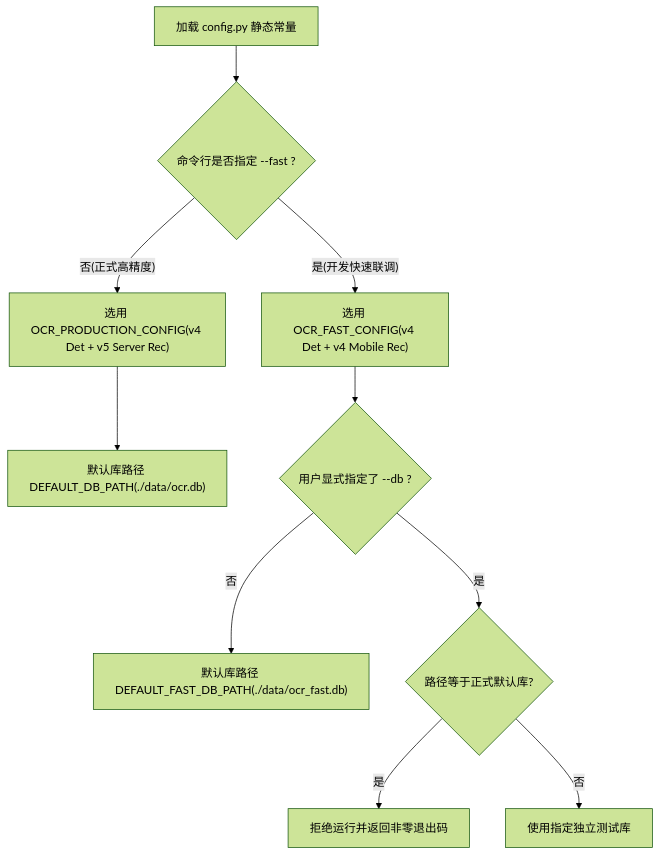
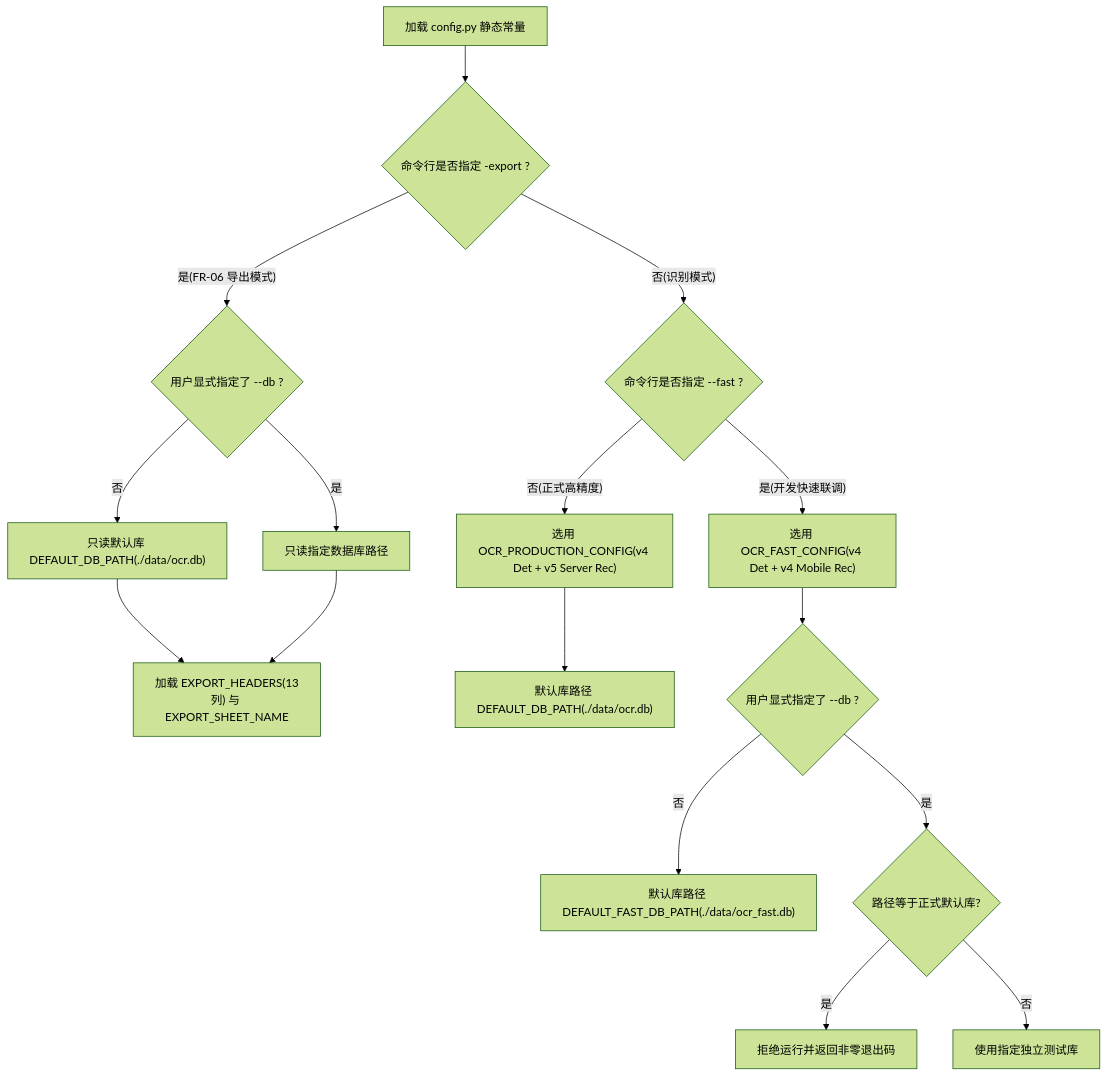
The third of 14 diagrams in moduleDesign/prd-md-ocr-snug-cherny.md (fukyor/ocr), drawn with Mermaid (forest theme) before and after one commit. The commit also changed other lines of this file and 19 other files, not shown here.

````diff
--- a/moduleDesign/prd-md-ocr-snug-cherny.md
+++ b/moduleDesign/prd-md-ocr-snug-cherny.md
@@ -150,12 +172,18 @@
 ```mermaid
 flowchart TD
-    Start["加载 config.py 静态常量"] --> Mode{"命令行是否指定 --fast ?"}
+    Start["加载 config.py 静态常量"] --> ExportMode{"命令行是否指定 -export ?"}
+    ExportMode -- "是(FR-06 导出模式)" --> ExpDB{"用户显式指定了 --db ?"}
+    ExpDB -- "否" --> ExpDefaultDB["只读默认库 DEFAULT_DB_PATH(./data/ocr.db)"]
+    ExpDB -- "是" --> ExpCustomDB["只读指定数据库路径"]
+    ExpDefaultDB --> ExpHeaders["加载 EXPORT_HEADERS(13列) 与 EXPORT_SHEET_NAME"]
+    ExpCustomDB --> ExpHeaders
+    ExportMode -- "否(识别模式)" --> Mode{"命令行是否指定 --fast ?"}
     Mode -- "否(正式高精度)" --> ProdOCR["选用 OCR_PRODUCTION_CONFIG(v4 Det + v5 Server Rec)"]
     ProdOCR --> ProdDB["默认库路径 DEFAULT_DB_PATH(./data/ocr.db)"]
     Mode -- "是(开发快速联调)" --> FastOCR["选用 OCR_FAST_CONFIG(v4 Det + v4 Mobile Rec)"]
     FastOCR --> FastDB{"用户显式指定了 --db ?"}
     FastDB -- "否" --> DefaultFastDB["默认库路径 DEFAULT_FAST_DB_PATH(./data/ocr_fast.db)"]
     FastDB -- "是" --> CheckConflict{"路径等于正式默认库?"}
     CheckConflict -- "是" --> Reject["拒绝运行并返回非零退出码"]
     CheckConflict -- "否" --> CustomDB["使用指定独立测试库"]
 ```
````
